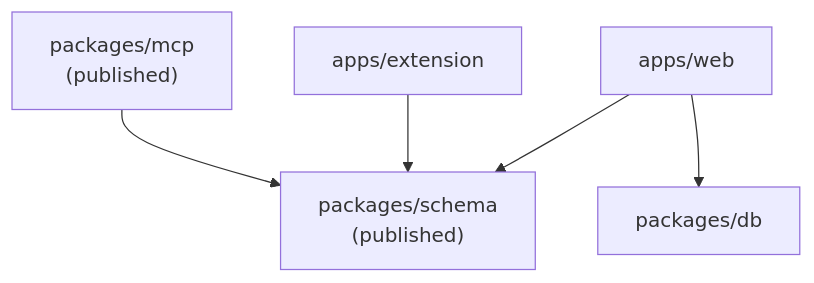
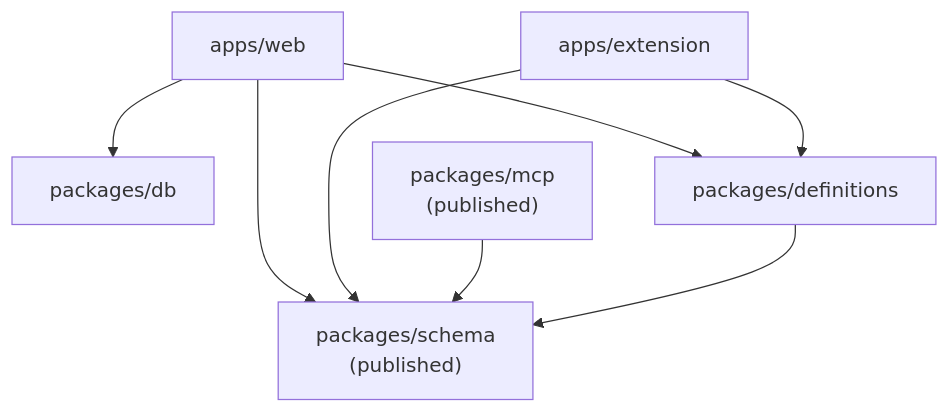
One commit to robertn702/webmcp-today changed the second of 5 diagrams in ARCHITECTURE.md. Above: the diagram before and after it, drawn with Mermaid. The commit also changed other lines of this file and 4 other files, not shown here.

Commit message:
docs: update system architecture, decisions, and ERD

````diff
--- a/ARCHITECTURE.md
+++ b/ARCHITECTURE.md
@@ -66,13 +69,17 @@
 ```mermaid
 flowchart TD
     schema["packages/schema<br/>(published)"]
     db["packages/db"]
+    defs["packages/definitions"]
     web["apps/web"]
     ext["apps/extension"]
     mcp["packages/mcp<br/>(published)"]
 
     web --> schema
     web --> db
+    web --> defs
     ext --> schema
+    ext --> defs
     mcp --> schema
+    defs --> schema
 ```
````
